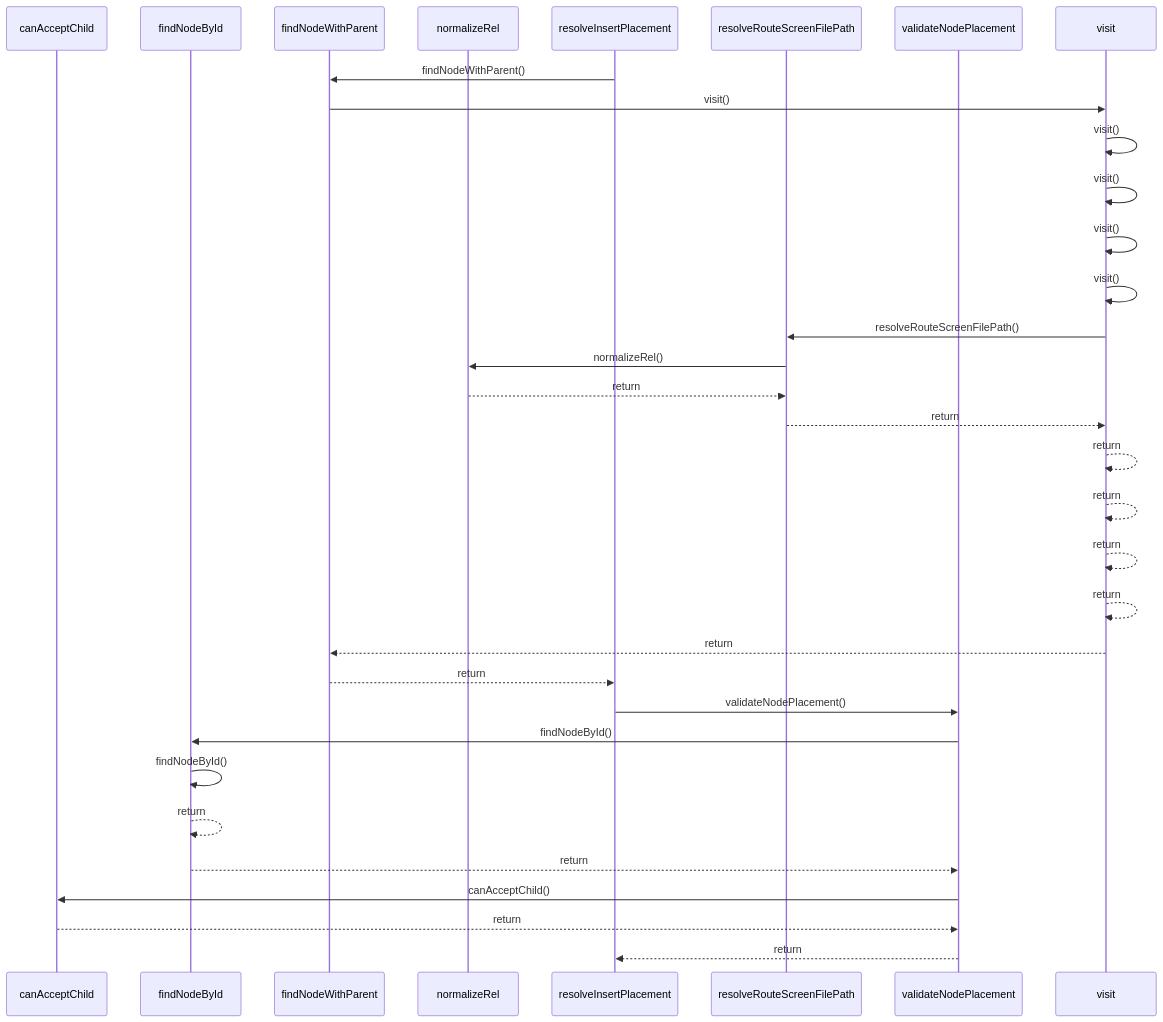
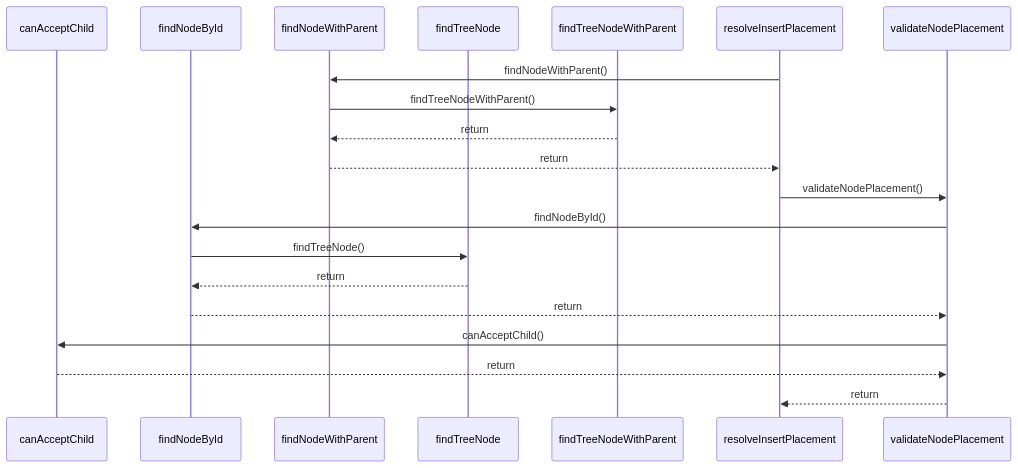
Before and after one commit to ankhorage/studio: the diagram in paradox/diagrams/sequences/resolve-insert-placement.mmd, drawn with Mermaid. The commit also changed 36 other files, not shown here.

```diff
--- a/paradox/diagrams/sequences/resolve-insert-placement.mmd
+++ b/paradox/diagrams/sequences/resolve-insert-placement.mmd
@@ -1,33 +1,20 @@
 sequenceDiagram
   participant participant_canAcceptChild as canAcceptChild
   participant participant_findNodeById as findNodeById
   participant participant_findNodeWithParent as findNodeWithParent
-  participant participant_normalizeRel as normalizeRel
+  participant participant_findTreeNode as findTreeNode
+  participant participant_findTreeNodeWithParent as findTreeNodeWithParent
   participant participant_resolveInsertPlacement as resolveInsertPlacement
-  participant participant_resolveRouteScreenFilePath as resolveRouteScreenFilePath
   participant participant_validateNodePlacement as validateNodePlacement
-  participant participant_visit as visit
   participant_resolveInsertPlacement->>participant_findNodeWithParent: findNodeWithParent()
-  participant_findNodeWithParent->>participant_visit: visit()
-  participant_visit->>participant_visit: visit()
-  participant_visit->>participant_visit: visit()
-  participant_visit->>participant_visit: visit()
-  participant_visit->>participant_visit: visit()
-  participant_visit->>participant_resolveRouteScreenFilePath: resolveRouteScreenFilePath()
-  participant_resolveRouteScreenFilePath->>participant_normalizeRel: normalizeRel()
-  participant_normalizeRel-->>participant_resolveRouteScreenFilePath: return
-  participant_resolveRouteScreenFilePath-->>participant_visit: return
-  participant_visit-->>participant_visit: return
-  participant_visit-->>participant_visit: return
-  participant_visit-->>participant_visit: return
-  participant_visit-->>participant_visit: return
-  participant_visit-->>participant_findNodeWithParent: return
+  participant_findNodeWithParent->>participant_findTreeNodeWithParent: findTreeNodeWithParent()
+  participant_findTreeNodeWithParent-->>participant_findNodeWithParent: return
   participant_findNodeWithParent-->>participant_resolveInsertPlacement: return
   participant_resolveInsertPlacement->>participant_validateNodePlacement: validateNodePlacement()
   participant_validateNodePlacement->>participant_findNodeById: findNodeById()
-  participant_findNodeById->>participant_findNodeById: findNodeById()
-  participant_findNodeById-->>participant_findNodeById: return
+  participant_findNodeById->>participant_findTreeNode: findTreeNode()
+  participant_findTreeNode-->>participant_findNodeById: return
   participant_findNodeById-->>participant_validateNodePlacement: return
   participant_validateNodePlacement->>participant_canAcceptChild: canAcceptChild()
   participant_canAcceptChild-->>participant_validateNodePlacement: return
   participant_validateNodePlacement-->>participant_resolveInsertPlacement: return
```
